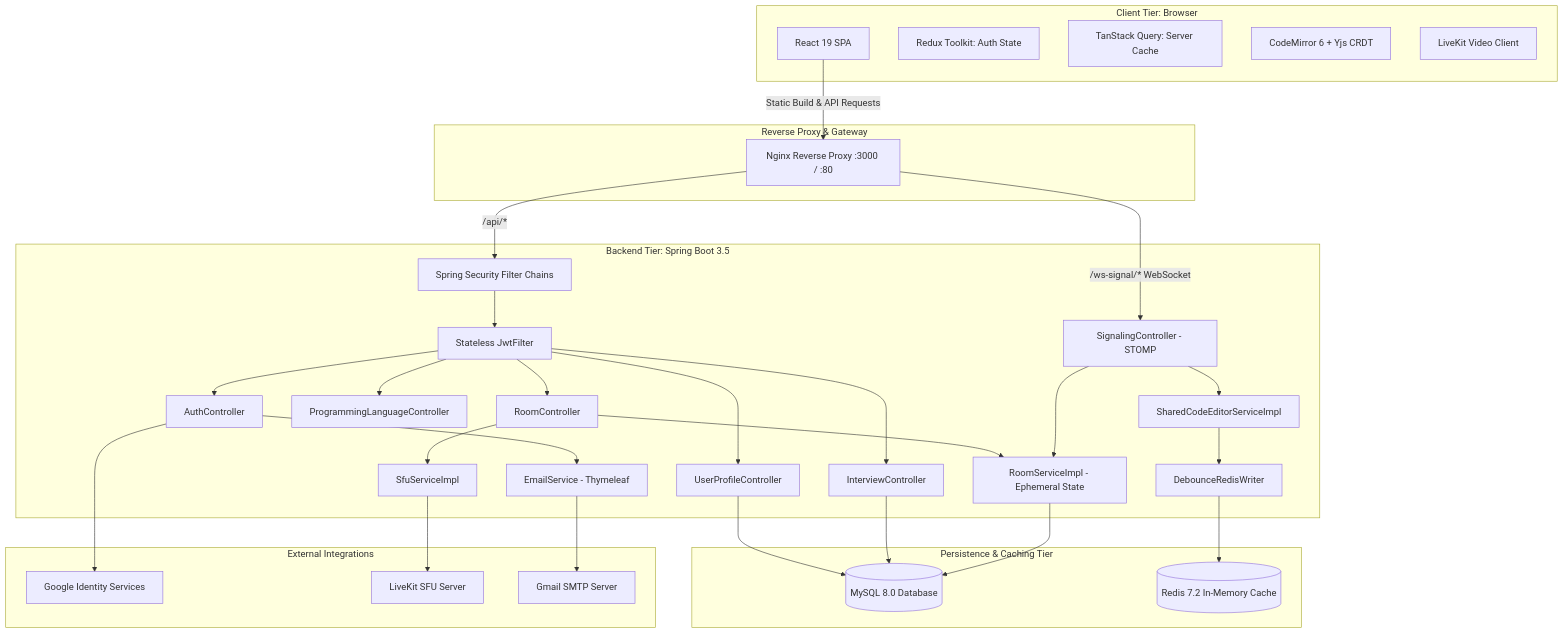
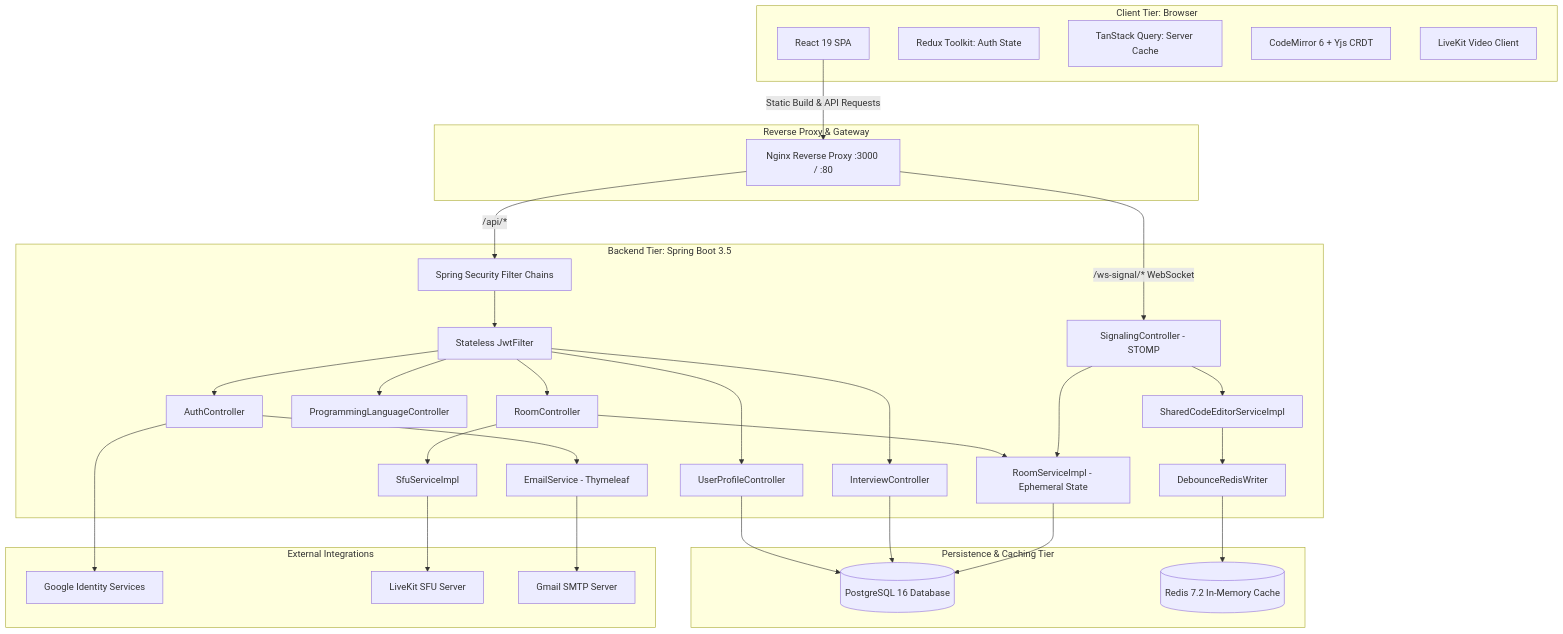
One commit to Innerview-Platform/Innerview changed the second of 4 diagrams in README.md. Above: the diagram before and after it, drawn with Mermaid. The commit also changed other lines of this file and 44 other files, not shown here.

````diff
--- a/README.md
+++ b/README.md
@@ -89,57 +89,57 @@
 ```mermaid
 flowchart TB
     subgraph Client [Client Tier: Browser]
         UI[React 19 SPA]
         RTK[Redux Toolkit: Auth State]
         RQ[TanStack Query: Server Cache]
         CM[CodeMirror 6 + Yjs CRDT]
         LKClient[LiveKit Video Client]
     end
 
     subgraph Gateway [Reverse Proxy & Gateway]
         Nginx[Nginx Reverse Proxy :3000 / :80]
     end
 
     subgraph BackendApp [Backend Tier: Spring Boot 3.5]
         SecFilter[Spring Security Filter Chains]
         JWTFilter[Stateless JwtFilter]
         AuthCtrl[AuthController]
         ProfileCtrl[UserProfileController]
         LangCtrl[ProgrammingLanguageController]
         InterviewCtrl[InterviewController]
         RoomCtrl[RoomController]
         SigCtrl[SignalingController - STOMP]
         
         RoomSvc[RoomServiceImpl - Ephemeral State]
         CodeSvc[SharedCodeEditorServiceImpl]
         Debounce[DebounceRedisWriter]
         LiveKitSvc[SfuServiceImpl]
         MailSvc[EmailService - Thymeleaf]
     end
 
     subgraph DataTier [Persistence & Caching Tier]
-        MySQL[(MySQL 8.0 Database)]
+        PostgreSQL[(PostgreSQL 16 Database)]
         Redis[(Redis 7.2 In-Memory Cache)]
     end
 
     subgraph ExternalServices [External Integrations]
         GoogleOAuth[Google Identity Services]
         LiveKitServer[LiveKit SFU Server]
         SMTP[Gmail SMTP Server]
     end
 
     UI -->|Static Build & API Requests| Nginx
     Nginx -->|/api/*| SecFilter
     Nginx -->|/ws-signal/* WebSocket| SigCtrl
     
     SecFilter --> JWTFilter
     JWTFilter --> AuthCtrl & ProfileCtrl & LangCtrl & InterviewCtrl & RoomCtrl
     
     AuthCtrl --> GoogleOAuth
     AuthCtrl --> MailSvc --> SMTP
     RoomCtrl --> RoomSvc
     RoomCtrl --> LiveKitSvc --> LiveKitServer
     SigCtrl --> RoomSvc & CodeSvc
     CodeSvc --> Debounce --> Redis
-    ProfileCtrl & InterviewCtrl & RoomSvc --> MySQL
+    ProfileCtrl & InterviewCtrl & RoomSvc --> PostgreSQL
 ```
````
